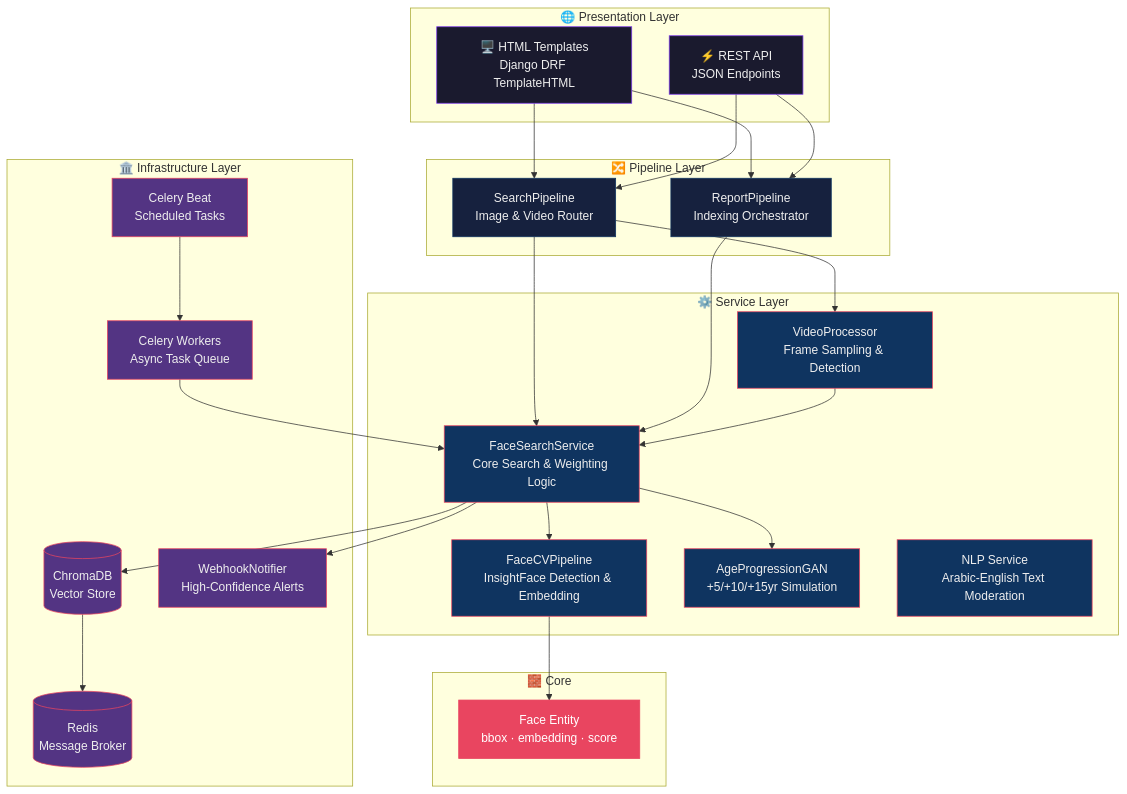
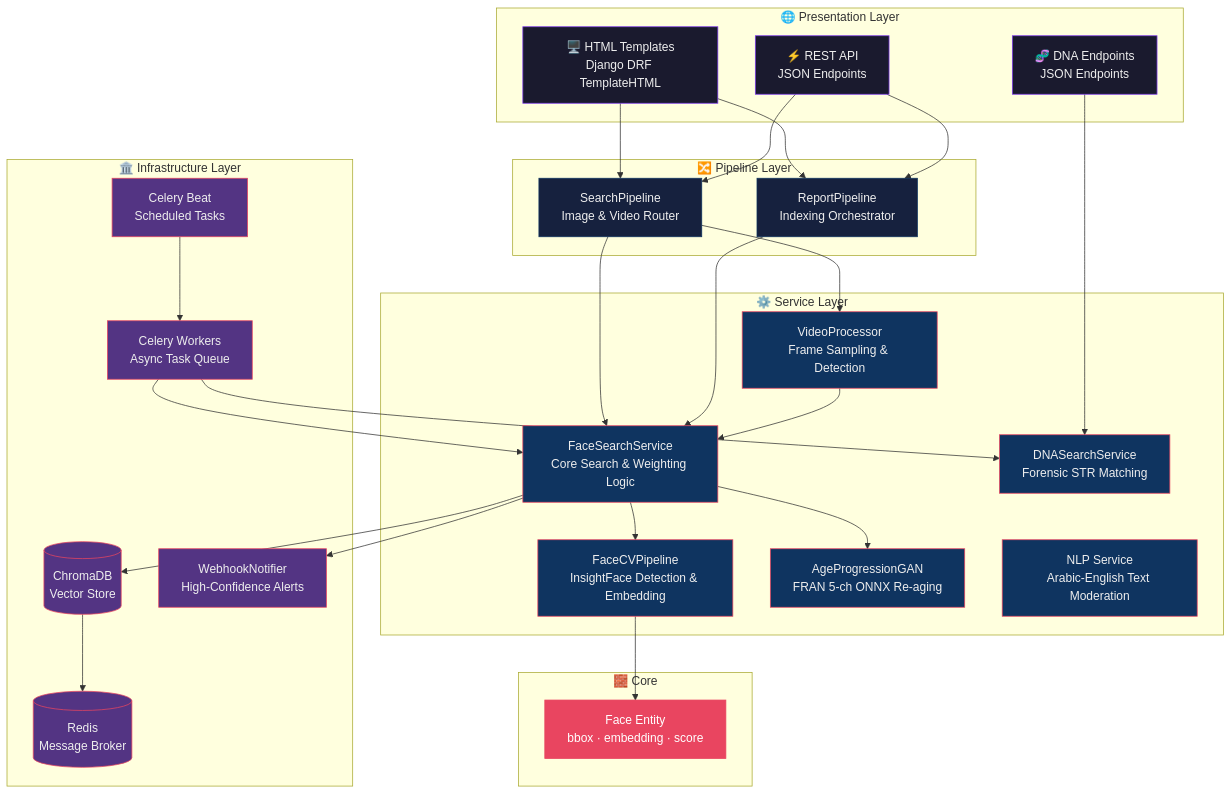
One commit to blackeagle686/mafqood-ai changed the first of 4 diagrams in ai_system/README.md. Above: the diagram before and after it, drawn with Mermaid. The commit also changed other lines of this file, not shown here.

````diff
--- a/ai_system/README.md
+++ b/ai_system/README.md
@@ -60,68 +61,74 @@
 ```mermaid
 graph TB
     subgraph "🌐 Presentation Layer"
         UI[🖥️ HTML Templates<br/>Django DRF TemplateHTML]
         API[⚡ REST API<br/>JSON Endpoints]
+        DNA_API[🧬 DNA Endpoints<br/>JSON Endpoints]
     end
-
+ 
     subgraph "🔀 Pipeline Layer"
         SP[SearchPipeline<br/>Image & Video Router]
         RP[ReportPipeline<br/>Indexing Orchestrator]
     end
-
+ 
     subgraph "⚙️ Service Layer"
         CV[FaceCVPipeline<br/>InsightFace Detection & Embedding]
         FSS[FaceSearchService<br/>Core Search & Weighting Logic]
-        AGE[AgeProgressionGAN<br/>+5/+10/+15yr Simulation]
+        AGE[AgeProgressionGAN<br/>FRAN 5-ch ONNX Re-aging]
+        DNA[DNASearchService<br/>Forensic STR Matching]
         VID[VideoProcessor<br/>Frame Sampling & Detection]
         NLP[NLP Service<br/>Arabic-English Text Moderation]
     end
-
+ 
     subgraph "🏛️ Infrastructure Layer"
         VDB[(ChromaDB<br/>Vector Store)]
         REDIS[(Redis<br/>Message Broker)]
         WHK[WebhookNotifier<br/>High-Confidence Alerts]
         CELERY[Celery Workers<br/>Async Task Queue]
         BEAT[Celery Beat<br/>Scheduled Tasks]
     end
-
+ 
     subgraph "🧱 Core"
         ENT[Face Entity<br/>bbox · embedding · score]
     end
-
+ 
     UI --> SP
     API --> SP
     UI --> RP
     API --> RP
-
+    DNA_API --> DNA
+ 
     SP --> FSS
     SP --> VID
     RP --> FSS
-
+ 
     FSS --> CV
     FSS --> VDB
     FSS --> AGE
     FSS --> WHK
     VID --> FSS
-
+ 
     CV --> ENT
     VDB --> REDIS
     CELERY --> FSS
+    CELERY --> DNA
     BEAT --> CELERY
-
+ 
     style UI fill:#1a1a2e,color:#eee,stroke:#7c3aed
     style API fill:#1a1a2e,color:#eee,stroke:#7c3aed
+    style DNA_API fill:#1a1a2e,color:#eee,stroke:#7d3aed
     style SP fill:#16213e,color:#eee,stroke:#0f3460
     style RP fill:#16213e,color:#eee,stroke:#0f3460
     style CV fill:#0f3460,color:#eee,stroke:#e94560
     style FSS fill:#0f3460,color:#eee,stroke:#e94560
     style AGE fill:#0f3460,color:#eee,stroke:#e94560
     style VID fill:#0f3460,color:#eee,stroke:#e94560
+    style DNA fill:#0f3460,color:#eee,stroke:#e94560
     style NLP fill:#0f3460,color:#eee,stroke:#e94560
     style VDB fill:#533483,color:#eee,stroke:#e94560
     style REDIS fill:#533483,color:#eee,stroke:#e94560
     style WHK fill:#533483,color:#eee,stroke:#e94560
     style CELERY fill:#533483,color:#eee,stroke:#e94560
     style BEAT fill:#533483,color:#eee,stroke:#e94560
     style ENT fill:#e94560,color:#fff,stroke:#e94560
 ```
````
